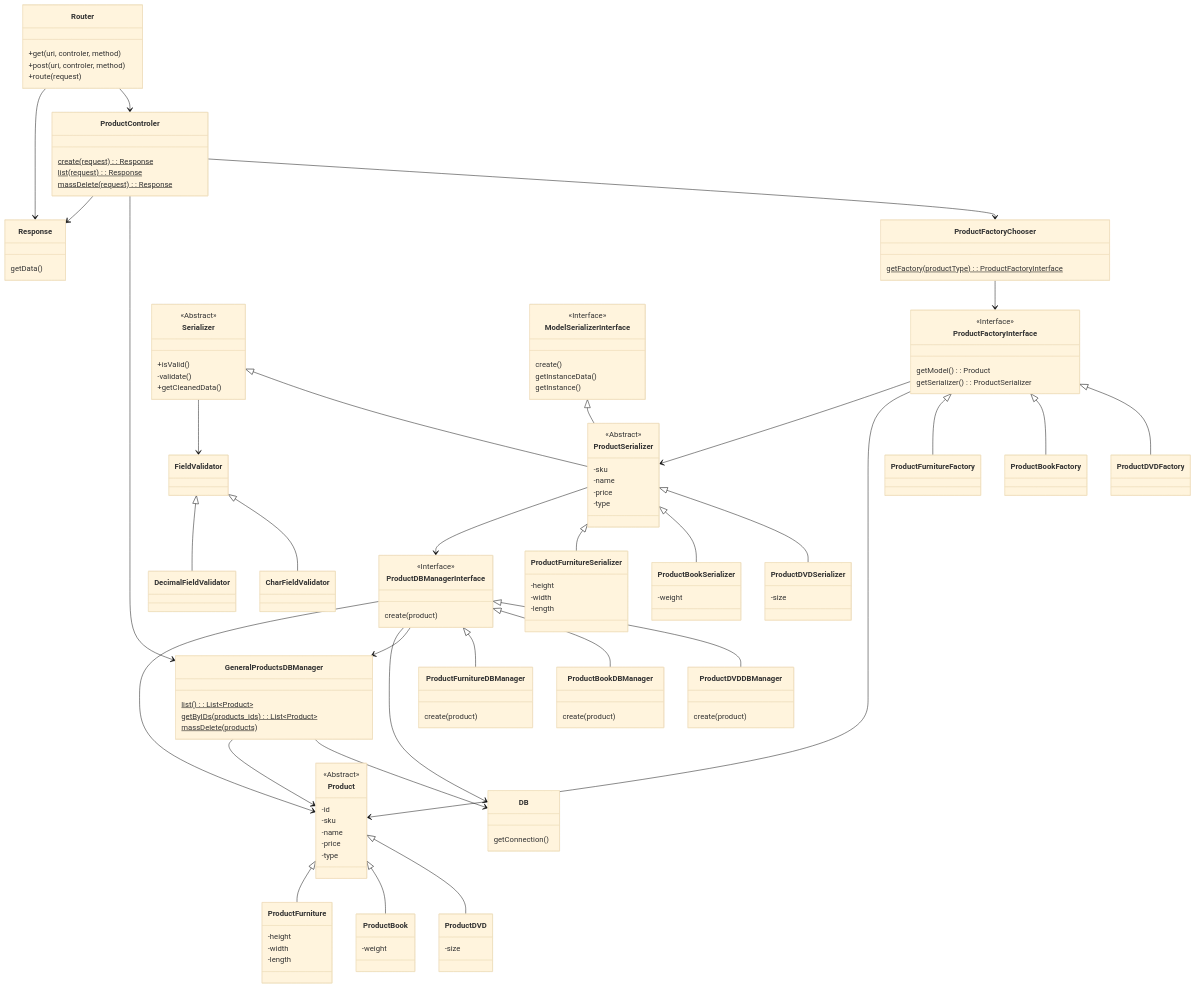
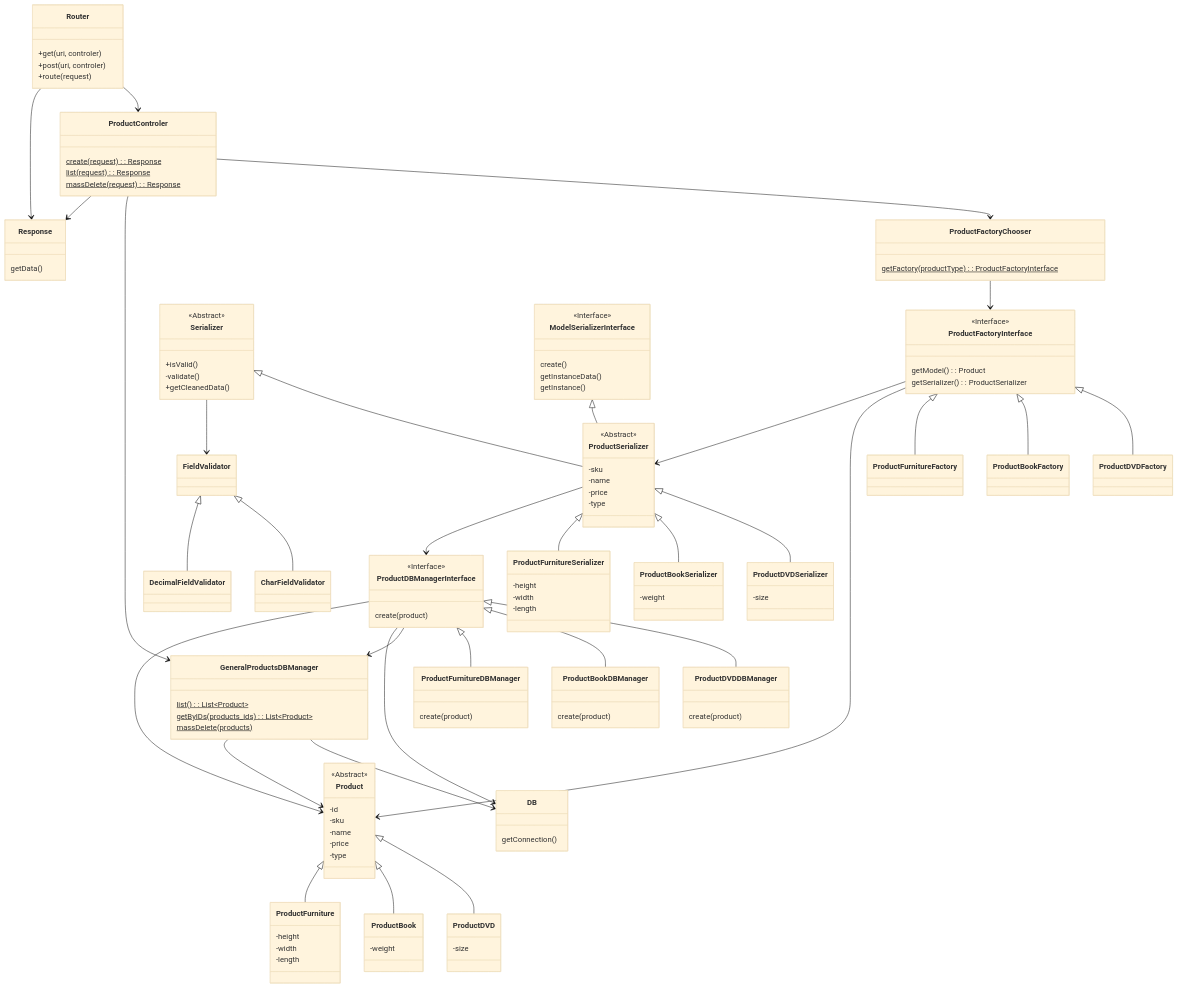
The diagram in docs/class.md (laercioigorps/scandiweb-awesome-ecommerce-backend), drawn with Mermaid (base theme) before and after one commit.

Commit message:
fix Route get and post method parameters

```diff
--- a/docs/class.md
+++ b/docs/class.md
@@ -126,8 +126,8 @@
         create(product)
     }
     class Router{
-        +get(uri, controler, method)
-        +post(uri, controler, method)
+        +get(uri, controler)
+        +post(uri, controler)
         +route(request)
     }
     class Response{
```
